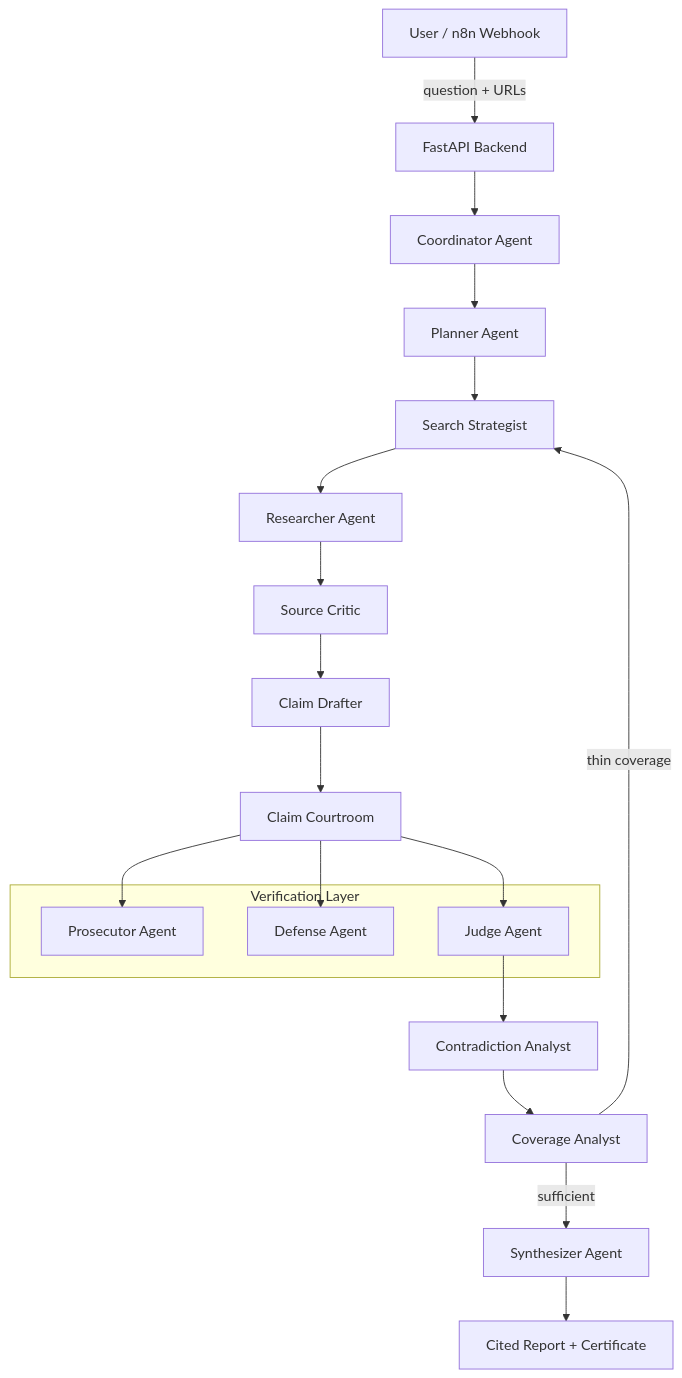
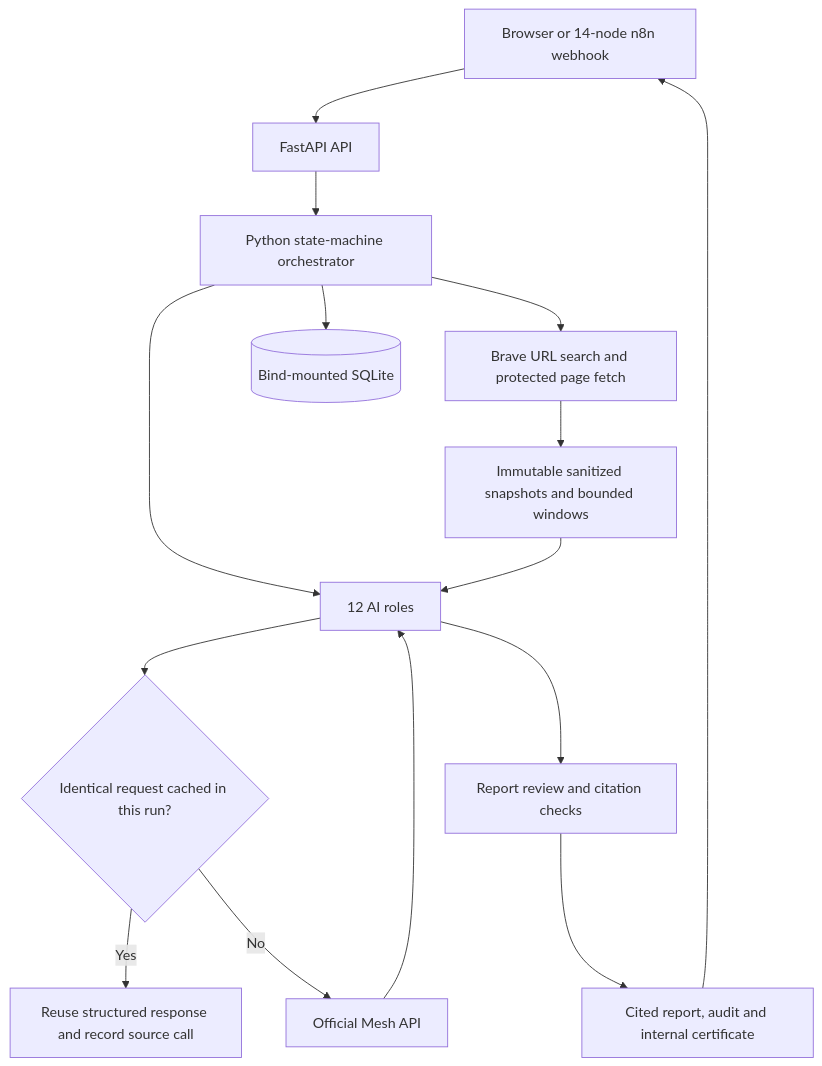
The first of 5 diagrams in README.md (seelamramesh/deepdive), drawn with Mermaid before and after one commit. The commit also changed other lines of this file and 8 other files, not shown here.

Commit message:
Clarify cache history and refresh tested architecture flow guides

````diff
--- a/README.md
+++ b/README.md
@@ -7,25 +9,17 @@
 ```mermaid
-graph TD
-    User[User / n8n Webhook] -->|question + URLs| API[FastAPI Backend]
-    API --> Coord[Coordinator Agent]
-    Coord --> Planner[Planner Agent]
-    Planner --> SearchStrat[Search Strategist]
-    SearchStrat --> Researcher[Researcher Agent]
-    Researcher --> SourceCritic[Source Critic]
-    SourceCritic --> ClaimDrafter[Claim Drafter]
-    ClaimDrafter --> Courtroom[Claim Courtroom]
-    Courtroom --> Prosecutor[Prosecutor Agent]
-    Courtroom --> Defense[Defense Agent]
-    Courtroom --> Judge[Judge Agent]
-    Judge --> ContraAnalyst[Contradiction Analyst]
-    ContraAnalyst --> CoverageAnalyst[Coverage Analyst]
-    CoverageAnalyst -->|thin coverage| SearchStrat
-    CoverageAnalyst -->|sufficient| Synthesizer[Synthesizer Agent]
-    Synthesizer --> Report[Cited Report + Certificate]
-
-    subgraph "Verification Layer"
-        Prosecutor
-        Defense
-        Judge
-    end
+flowchart TD
+    U[Browser or 14-node n8n webhook] --> API[FastAPI API]
+    API --> O[Python state-machine orchestrator]
+    O --> R[12 AI roles]
+    R --> C{Identical request cached in this run?}
+    C -->|Yes| REUSE[Reuse structured response and record source call]
+    C -->|No| M[Official Mesh API]
+    M --> R
+    O --> S[Brave URL search and protected page fetch]
+    S --> SNAP[Immutable sanitized snapshots and bounded windows]
+    SNAP --> R
+    O --> DB[(Bind-mounted SQLite)]
+    R --> V[Report review and citation checks]
+    V --> OUT[Cited report, audit and internal certificate]
+    OUT --> U
 ```
````
